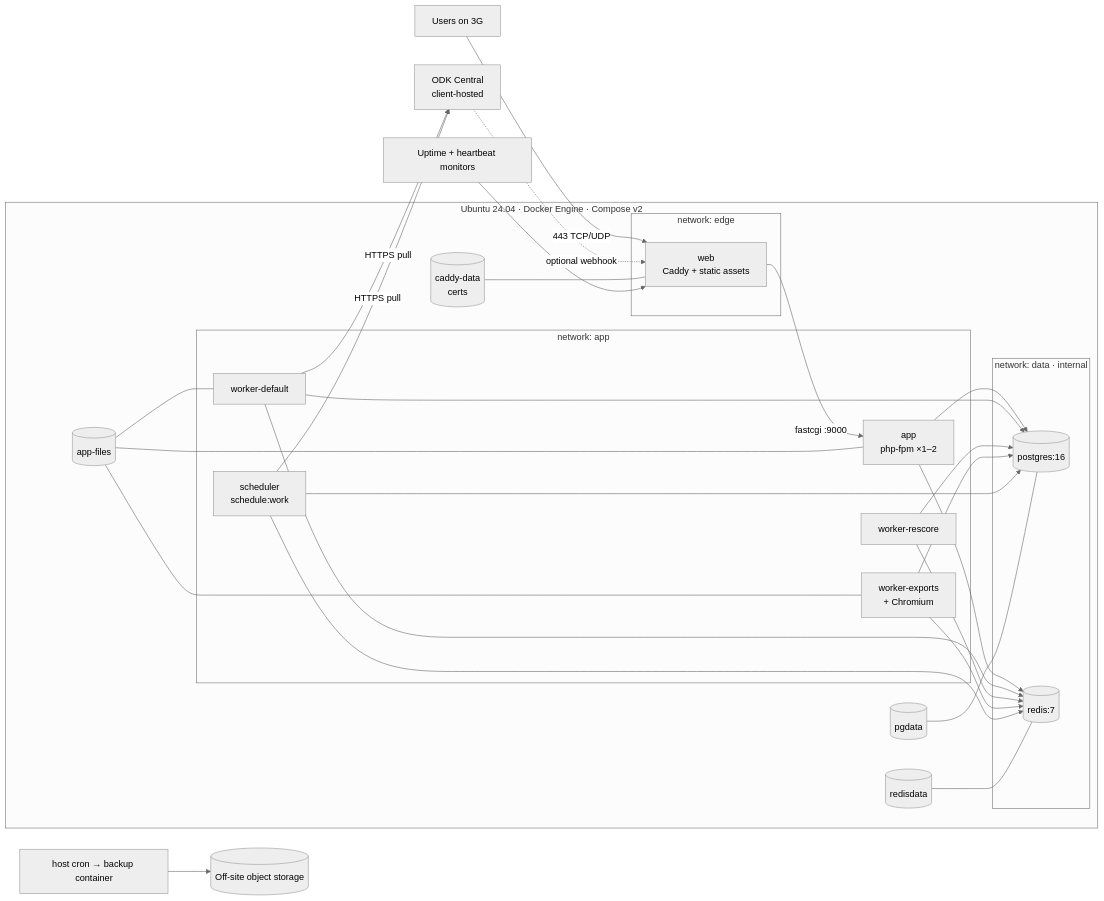
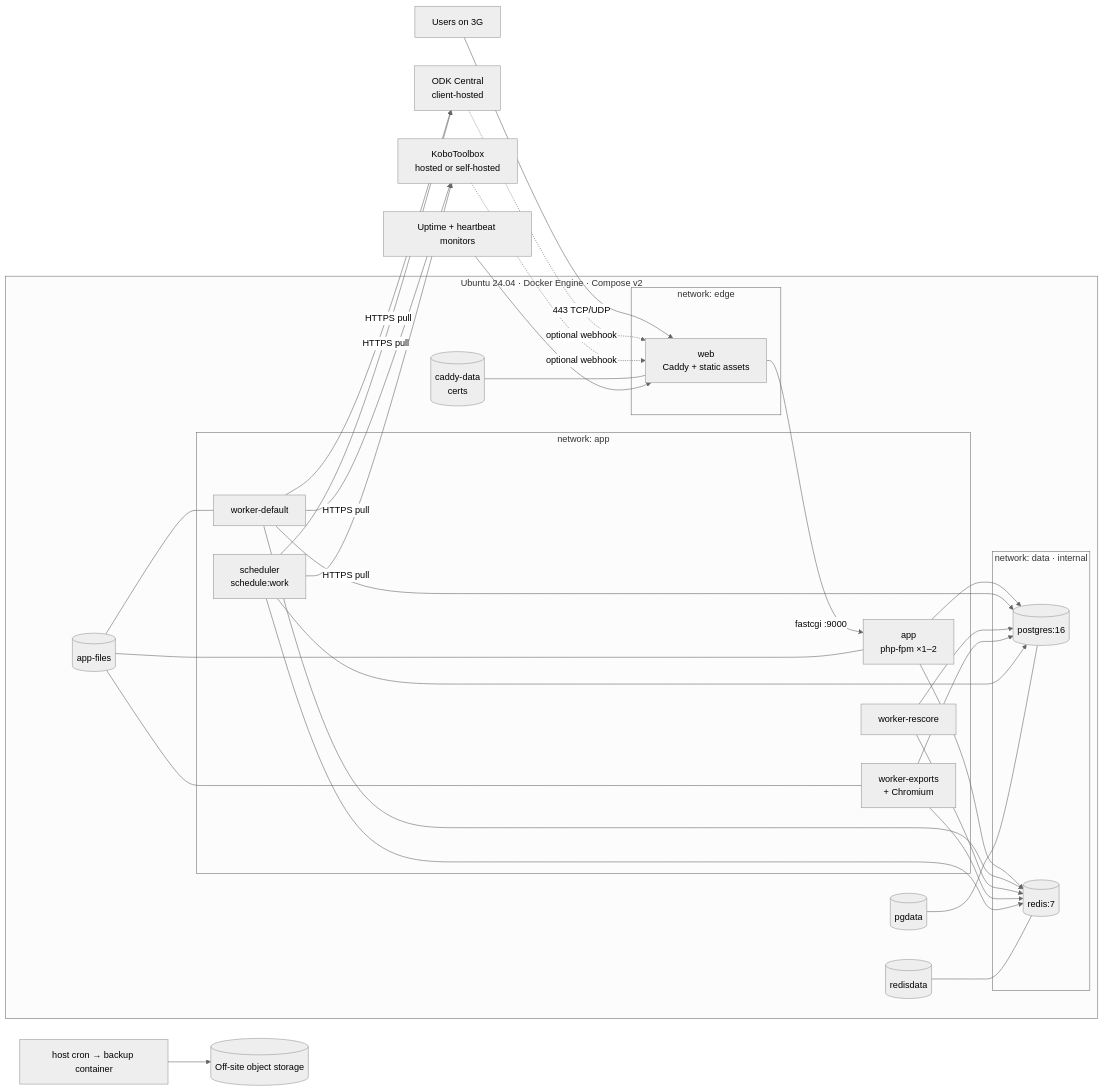
Before and after one commit to naynie41/kaduna-eDQA-dashboard: the first of 2 diagrams in DEPLOY.md, drawn with Mermaid (neutral theme). The commit also changed other lines of this file and 180 other files, not shown here.

````diff
--- a/DEPLOY.md
+++ b/DEPLOY.md
@@ -83,32 +83,34 @@
 ```mermaid
 flowchart LR
   U[Users on 3G] -->|443 TCP/UDP| WEB
   ODKC[ODK Central<br/>client-hosted] -. optional webhook .-> WEB
+  KOBO[KoboToolbox<br/>hosted or self-hosted] -. optional webhook .-> WEB
   subgraph HOST[Ubuntu 24.04 · Docker Engine · Compose v2]
     subgraph edge[network: edge]
       WEB[web<br/>Caddy + static assets]
     end
     subgraph appnet[network: app]
       APP[app<br/>php-fpm ×1–2]
       WD[worker-default]
       WR[worker-rescore]
       WX[worker-exports<br/>+ Chromium]
       SCH[scheduler<br/>schedule:work]
     end
     subgraph data[network: data · internal]
       PG[(postgres:16)]
       RD[(redis:7)]
     end
     WEB -->|fastcgi :9000| APP
     APP & WD & WR & WX & SCH --> PG
     APP & WD & WR & WX & SCH --> RD
     V1[(pgdata)]:::vol --- PG
     V2[(redisdata)]:::vol --- RD
     V3[(app-files)]:::vol --- APP & WD & WX
     V4[(caddy-data<br/>certs)]:::vol --- WEB
   end
   WD & SCH -->|HTTPS pull| ODKC
+  WD & SCH -->|HTTPS pull| KOBO
   CRON[host cron → backup container] --> OFF[(Off-site object storage)]
   MON[Uptime + heartbeat monitors] --> WEB
   classDef vol fill:#eee,stroke:#999
 ```
````
